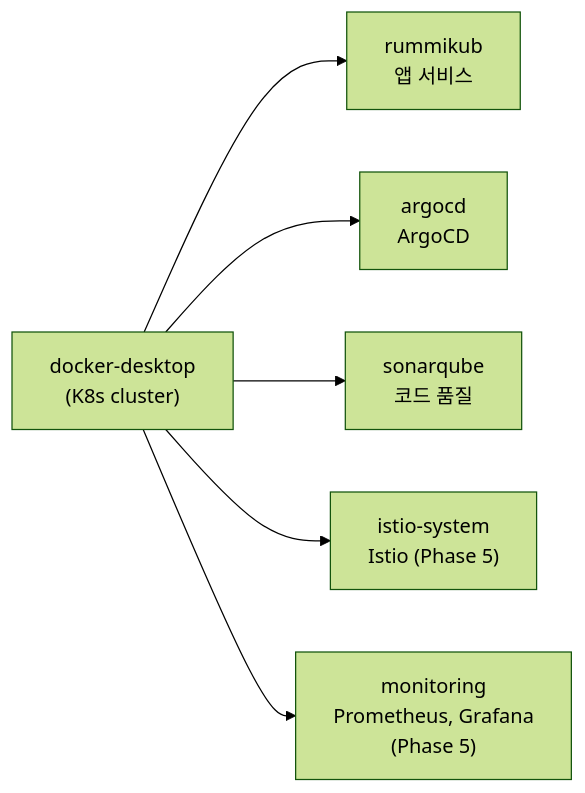
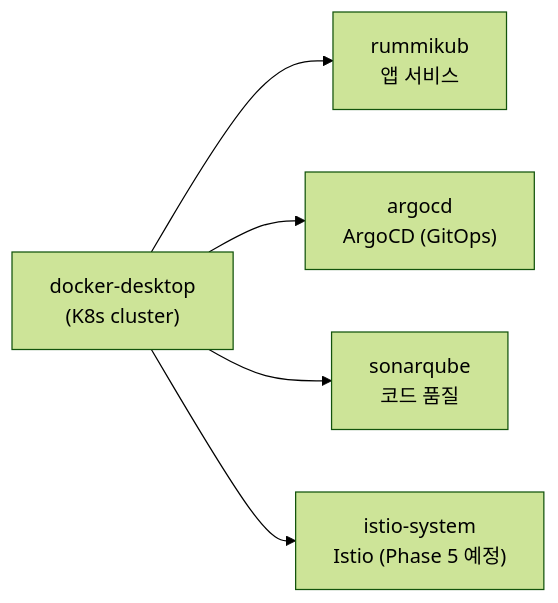
One commit to k82022603/RummiArena changed the second of 6 diagrams in docs/05-deployment/01-local-infra-guide.md. Above: the diagram before and after it, drawn with Mermaid (forest theme). The commit also changed other lines of this file and 11 other files, not shown here.

````diff
--- a/docs/05-deployment/01-local-infra-guide.md
+++ b/docs/05-deployment/01-local-infra-guide.md
@@ -140,9 +86,8 @@
 ```mermaid
 graph LR
     Cluster["docker-desktop\n(K8s cluster)"]
     Cluster --> NS1["rummikub\n앱 서비스"]
-    Cluster --> NS2["argocd\nArgoCD"]
+    Cluster --> NS2["argocd\nArgoCD (GitOps)"]
     Cluster --> NS3["sonarqube\n코드 품질"]
-    Cluster --> NS4["istio-system\nIstio (Phase 5)"]
-    Cluster --> NS5["monitoring\nPrometheus, Grafana\n(Phase 5)"]
+    Cluster --> NS4["istio-system\nIstio (Phase 5 예정)"]
 ```
````
